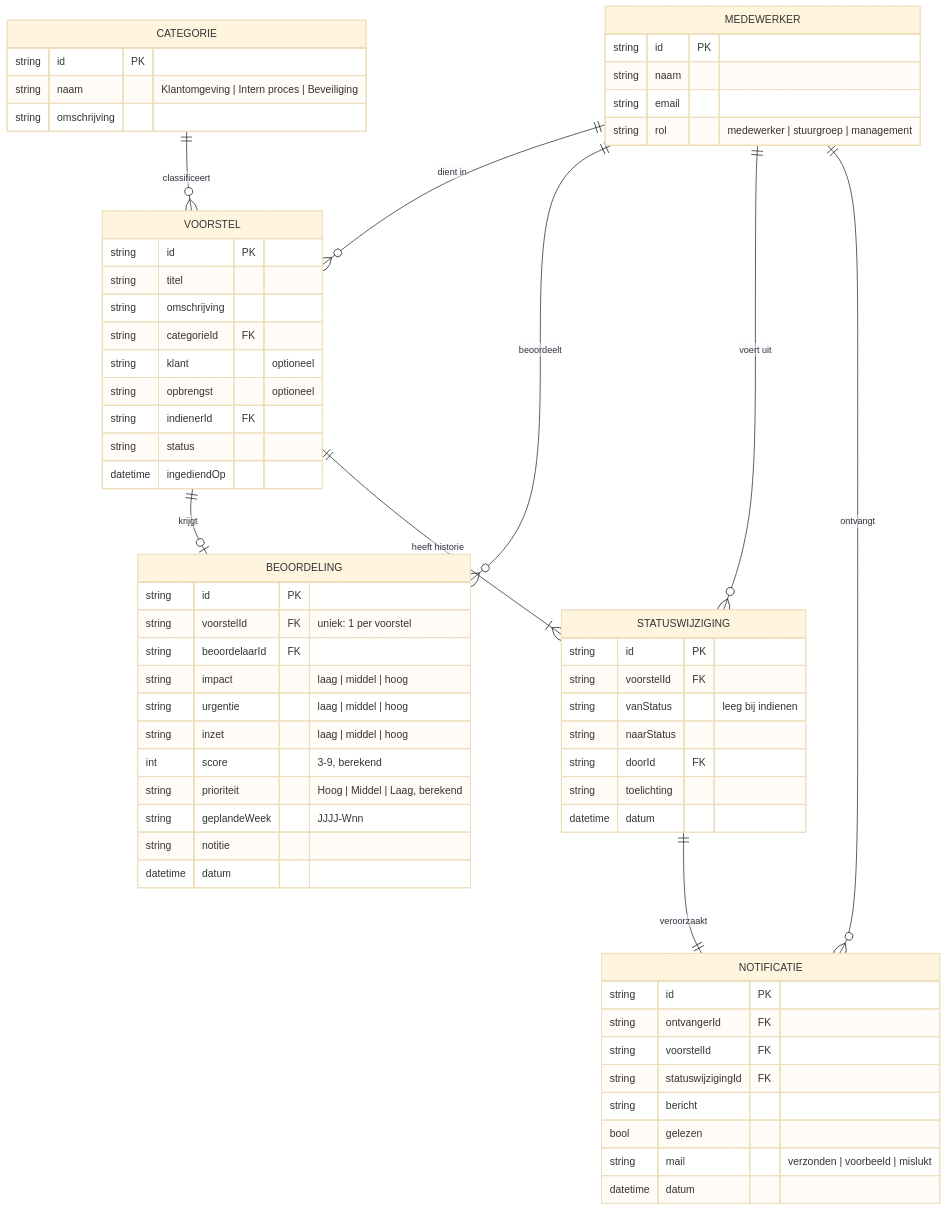
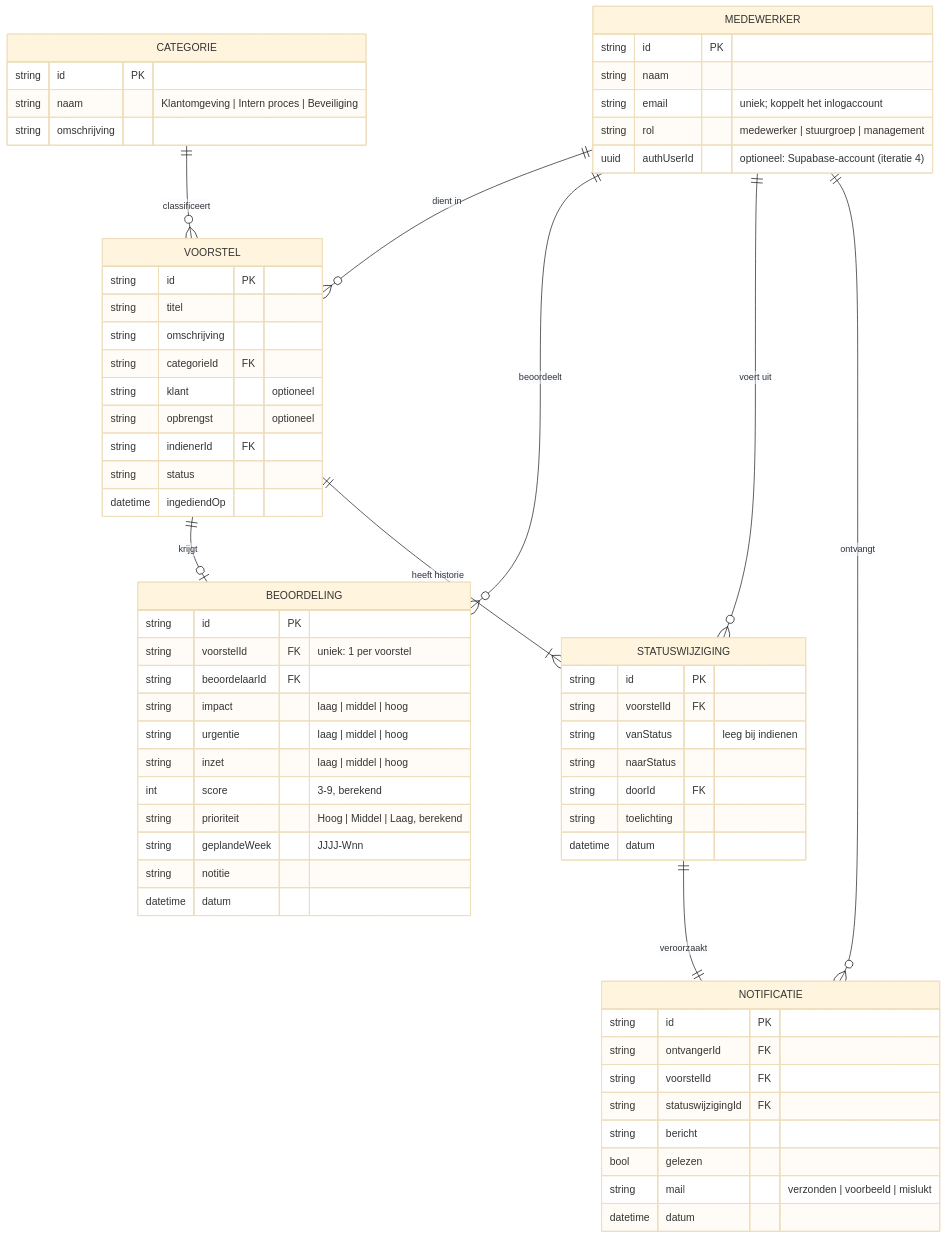
The first of 4 diagrams in docs/ontwerp.md (Theosilfhout10/ImprovmentInterface), drawn with Mermaid (base theme) before and after one commit. The commit also changed other lines of this file and 8 other files, not shown here.

````diff
--- a/docs/ontwerp.md
+++ b/docs/ontwerp.md
@@ -36,66 +36,67 @@
 ```mermaid
 erDiagram
     MEDEWERKER ||--o{ VOORSTEL : "dient in"
     CATEGORIE ||--o{ VOORSTEL : "classificeert"
     VOORSTEL ||--o| BEOORDELING : "krijgt"
     MEDEWERKER ||--o{ BEOORDELING : "beoordeelt"
     VOORSTEL ||--|{ STATUSWIJZIGING : "heeft historie"
     MEDEWERKER ||--o{ STATUSWIJZIGING : "voert uit"
     STATUSWIJZIGING ||--|| NOTIFICATIE : "veroorzaakt"
     MEDEWERKER ||--o{ NOTIFICATIE : "ontvangt"
 
     MEDEWERKER {
         string id PK
         string naam
-        string email
+        string email "uniek; koppelt het inlogaccount"
         string rol "medewerker | stuurgroep | management"
+        uuid authUserId "optioneel: Supabase-account (iteratie 4)"
     }
     CATEGORIE {
         string id PK
         string naam "Klantomgeving | Intern proces | Beveiliging"
         string omschrijving
     }
     VOORSTEL {
         string id PK
         string titel
         string omschrijving
         string categorieId FK
         string klant "optioneel"
         string opbrengst "optioneel"
         string indienerId FK
         string status
         datetime ingediendOp
     }
     BEOORDELING {
         string id PK
         string voorstelId FK "uniek: 1 per voorstel"
         string beoordelaarId FK
         string impact "laag | middel | hoog"
         string urgentie "laag | middel | hoog"
         string inzet "laag | middel | hoog"
         int score "3-9, berekend"
         string prioriteit "Hoog | Middel | Laag, berekend"
         string geplandeWeek "JJJJ-Wnn"
         string notitie
         datetime datum
     }
     STATUSWIJZIGING {
         string id PK
         string voorstelId FK
         string vanStatus "leeg bij indienen"
         string naarStatus
         string doorId FK
         string toelichting
         datetime datum
     }
     NOTIFICATIE {
         string id PK
         string ontvangerId FK
         string voorstelId FK
         string statuswijzigingId FK
         string bericht
         bool gelezen
         string mail "verzonden | voorbeeld | mislukt"
         datetime datum
     }
 ```
````
